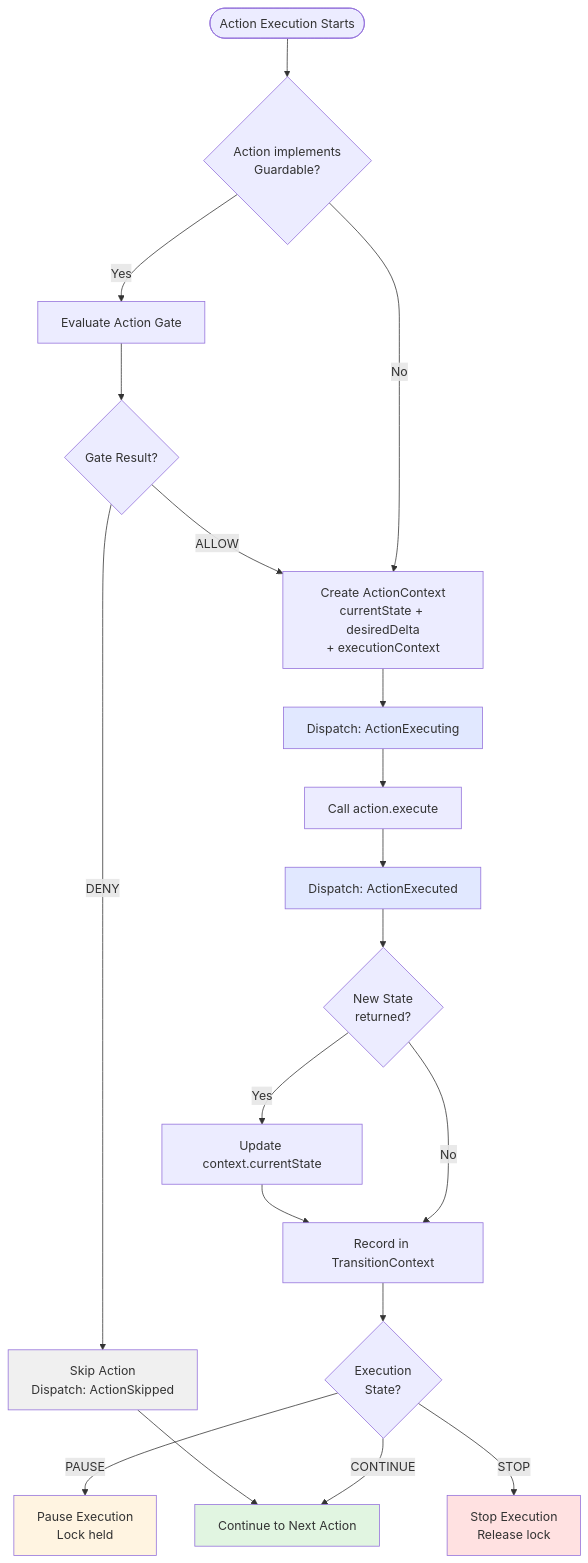
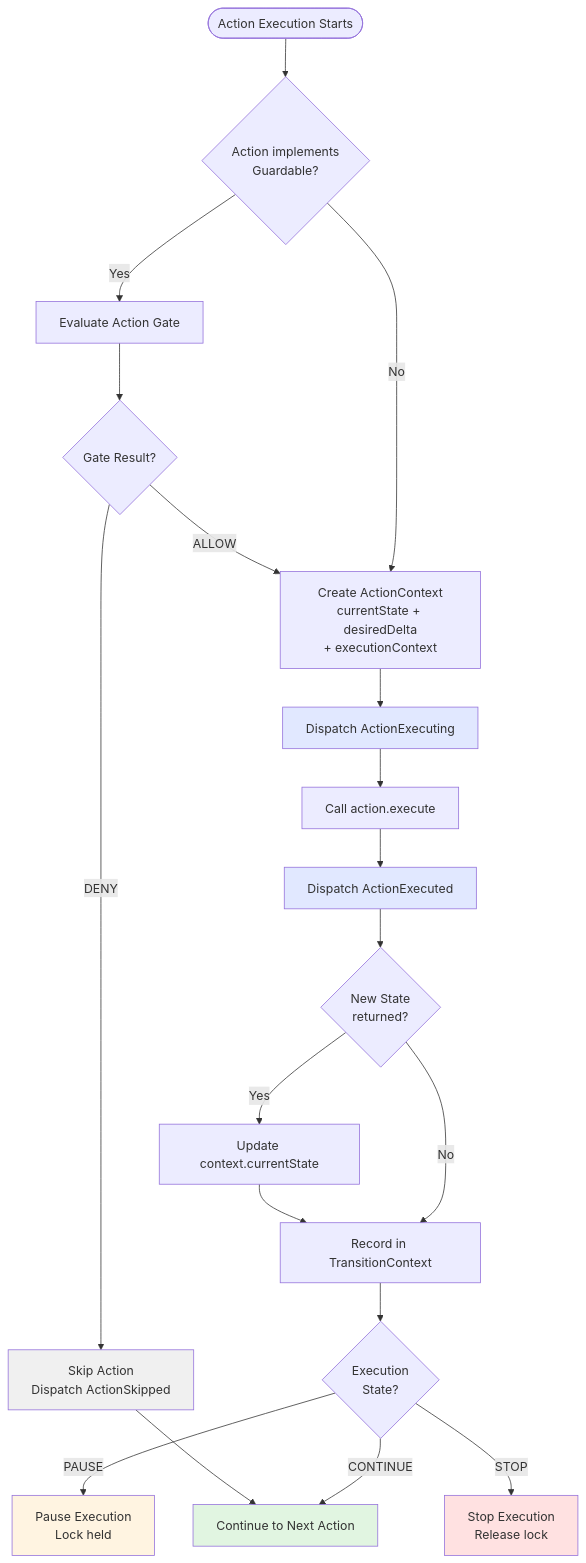
One commit to benrowe/stateflow changed the fourth of 8 diagrams in docs/diagrams.md. Above: the diagram before and after it, drawn with Mermaid. The commit also changed other lines of this file and 6 other files, not shown here.

````diff
--- a/docs/diagrams.md
+++ b/docs/diagrams.md
@@ -165,58 +165,58 @@
 ```mermaid
 flowchart TD
     Start([Action Execution Starts])
 
     HasGate{Action implements<br/>Guardable?}
     EvalGate[Evaluate Action Gate]
     GateResult{Gate Result?}
 
     CreateContext[Create ActionContext<br/>currentState + desiredDelta<br/>+ executionContext]
 
-    DispatchBefore[Dispatch: ActionExecuting]
+    DispatchBefore[Dispatch ActionExecuting]
     Execute[Call action.execute]
-    DispatchAfter[Dispatch: ActionExecuted]
+    DispatchAfter[Dispatch ActionExecuted]
 
     UpdateState{New State<br/>returned?}
     ApplyState[Update context.currentState]
 
     RecordTrace[Record in TransitionContext]
 
     CheckExecState{Execution<br/>State?}
 
     Continue[Continue to Next Action]
     Pause[Pause Execution<br/>Lock held]
     Stop[Stop Execution<br/>Release lock]
 
-    Skip[Skip Action<br/>Dispatch: ActionSkipped]
+    Skip[Skip Action<br/>Dispatch ActionSkipped]
 
     Start --> HasGate
     HasGate -->|Yes| EvalGate
     HasGate -->|No| CreateContext
 
     EvalGate --> GateResult
     GateResult -->|ALLOW| CreateContext
     GateResult -->|DENY| Skip
 
     CreateContext --> DispatchBefore
     DispatchBefore --> Execute
     Execute --> DispatchAfter
 
     DispatchAfter --> UpdateState
     UpdateState -->|Yes| ApplyState
     UpdateState -->|No| RecordTrace
     ApplyState --> RecordTrace
 
     RecordTrace --> CheckExecState
     CheckExecState -->|CONTINUE| Continue
     CheckExecState -->|PAUSE| Pause
     CheckExecState -->|STOP| Stop
 
     Skip --> Continue
 
     style Continue fill:#e1f5e1
     style Pause fill:#fff4e1
     style Stop fill:#ffe1e1
     style Skip fill:#f0f0f0
     style DispatchBefore fill:#e1e8ff
     style DispatchAfter fill:#e1e8ff
 ```
````
